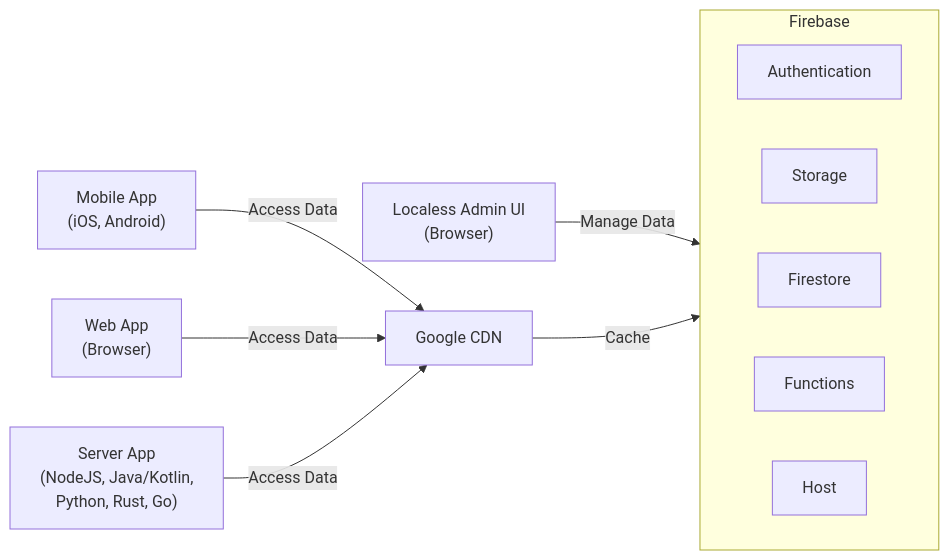
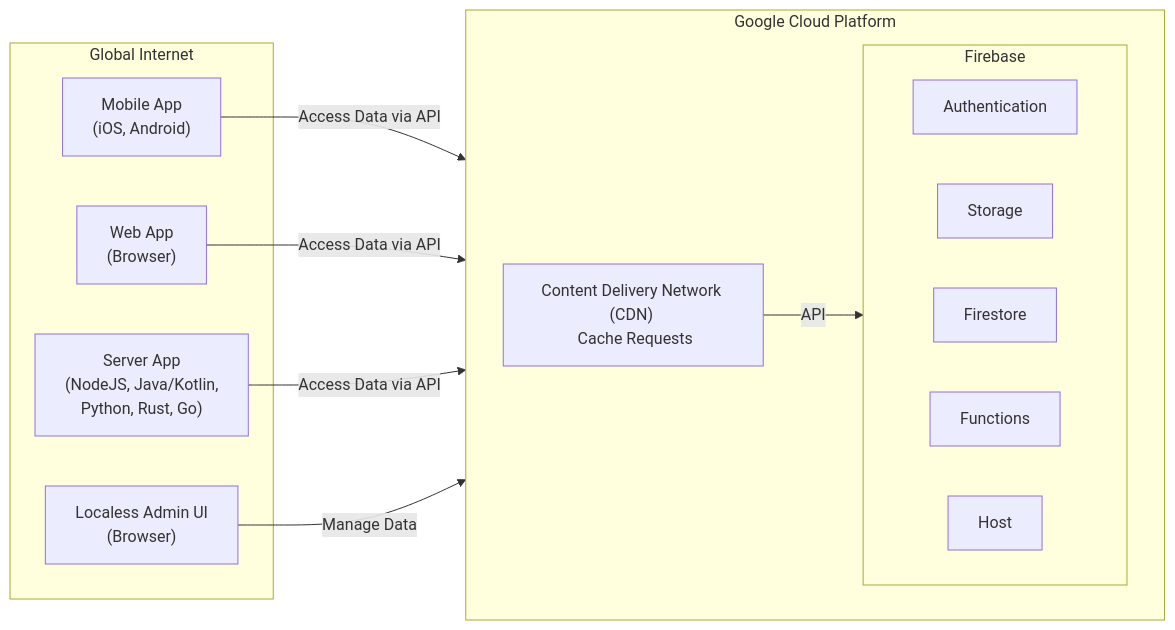
One commit to Lessify/localess changed the diagram in README.md. Above: the diagram before and after it, drawn with Mermaid.

````diff
--- a/README.md
+++ b/README.md
@@ -70,21 +70,26 @@
 ```mermaid
 flowchart LR
-  adminUI["Localess Admin UI<br/>(Browser)"]
-  subgraph Firebase
+  subgraph Google Cloud Platform
     direction LR
-    auth["Authentication"]
-    storage["Storage"]
-    firestore["Firestore"]
-    functions["Functions"]
-    host["Host"]
+    cdn["Content Delivery Network (CDN) <br/> Cache Requests"]
+    subgraph Firebase
+      direction LR
+      auth["Authentication"]
+      storage["Storage"]
+      firestore["Firestore"]
+      functions["Functions"]
+      host["Host"]
+    end
+    cdn -->|API| Firebase
+  end
+  subgraph Global Internet
+    adminUI["Localess Admin UI<br/>(Browser)"]
+    mobileApp["Mobile App<br/>(iOS, Android)"]
+    webApp["Web App<br/>(Browser)"]
+    serverApp["Server App<br/>(NodeJS, Java/Kotlin, <br/>Python, Rust, Go)"]
   end
   adminUI -->|Manage Data| Firebase
-  mobileApp["Mobile App<br/>(iOS, Android)"]
-  webApp["Web App<br/>(Browser)"]
-  serverApp["Server App<br/>(NodeJS, Java/Kotlin, <br/>Python, Rust, Go)"]
-  cdn["Google CDN"]
-  mobileApp -->|Access Data| cdn
-  webApp -->|Access Data| cdn
-  serverApp -->|Access Data| cdn
-  cdn -->|Cache| Firebase
+  mobileApp -->|Access Data via API| cdn
+  webApp -->|Access Data via API| cdn
+  serverApp -->|Access Data via API| cdn
 ```
````
